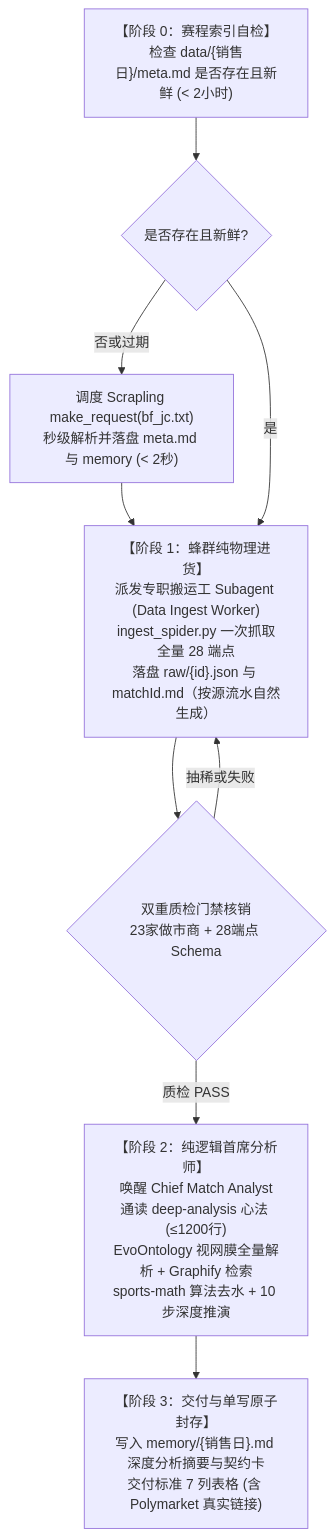
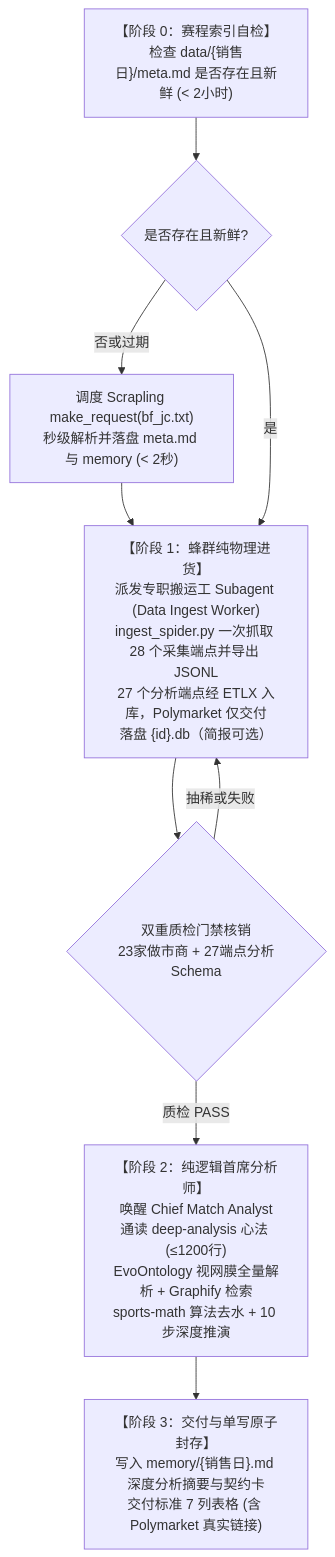
The third of 4 diagrams in README.md (i0ivi0i/supodds), drawn with Mermaid before and after one commit. The commit also changed other lines of this file and 56 other files, not shown here.

````diff
--- a/README.md
+++ b/README.md
@@ -140,18 +140,18 @@
 ```mermaid
 flowchart TD
     Z["【阶段 0：赛程索引自检】<br/>检查 data/{销售日}/meta.md 是否存在且新鲜 (< 2小时)"]
     Z_NO{"是否存在且新鲜?"}
     Z_GET["调度 Scrapling make_request(bf_jc.txt)<br/>秒级解析并落盘 meta.md 与 memory (< 2秒)"]
-    P1["【阶段 1：蜂群纯物理进货】<br/>派发专职搬运工 Subagent (Data Ingest Worker)<br/>ingest_spider.py 一次抓取全量 28 端点<br/>落盘 raw/{id}.json 与 matchId.md（按源流水自然生成）"]
-    P1_GATE{"双重质检门禁核销<br/>23家做市商 + 28端点 Schema"}
+    P1["【阶段 1：蜂群纯物理进货】<br/>派发专职搬运工 Subagent (Data Ingest Worker)<br/>ingest_spider.py 一次抓取 28 个采集端点并导出 JSONL<br/>27 个分析端点经 ETLX 入库，Polymarket 仅交付<br/>落盘 {id}.db（简报可选）"]
+    P1_GATE{"双重质检门禁核销<br/>23家做市商 + 27端点分析Schema"}
     P2["【阶段 2：纯逻辑首席分析师】<br/>唤醒 Chief Match Analyst<br/>通读 deep-analysis 心法 (≤1200行)<br/>EvoOntology 视网膜全量解析 + Graphify 检索<br/>sports-math 算法去水 + 10 步深度推演"]
     OUT["【阶段 3：交付与单写原子封存】<br/>写入 memory/{销售日}.md 深度分析摘要与契约卡<br/>交付标准 7 列表格 (含 Polymarket 真实链接)"]
 
     Z --> Z_NO
     Z_NO -- 否或过期 --> Z_GET --> P1
     Z_NO -- 是 --> P1
     P1 --> P1_GATE
     P1_GATE -- 质检 PASS --> P2
     P1_GATE -- 抽稀或失败 --> P1
     P2 --> OUT
 ```
````
